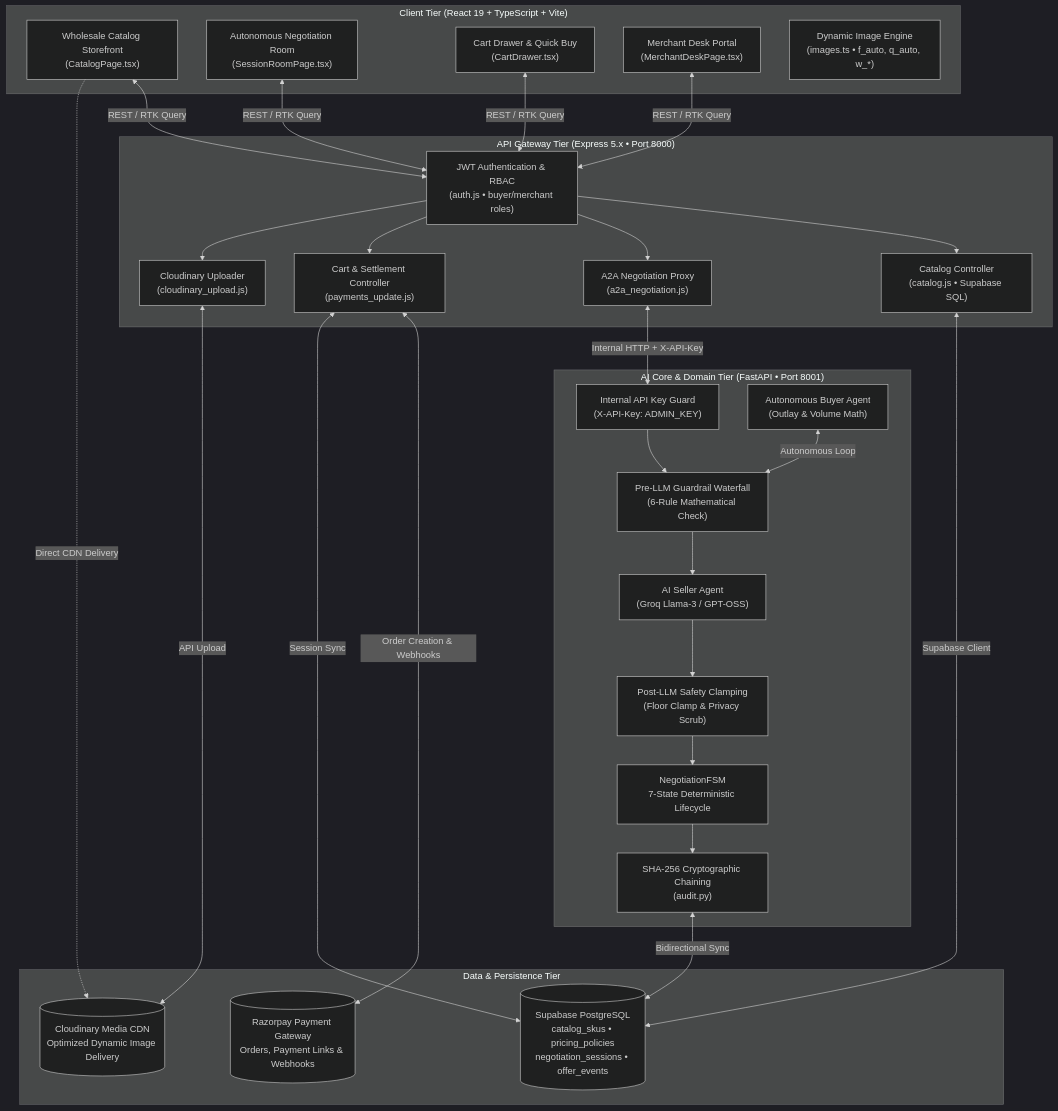
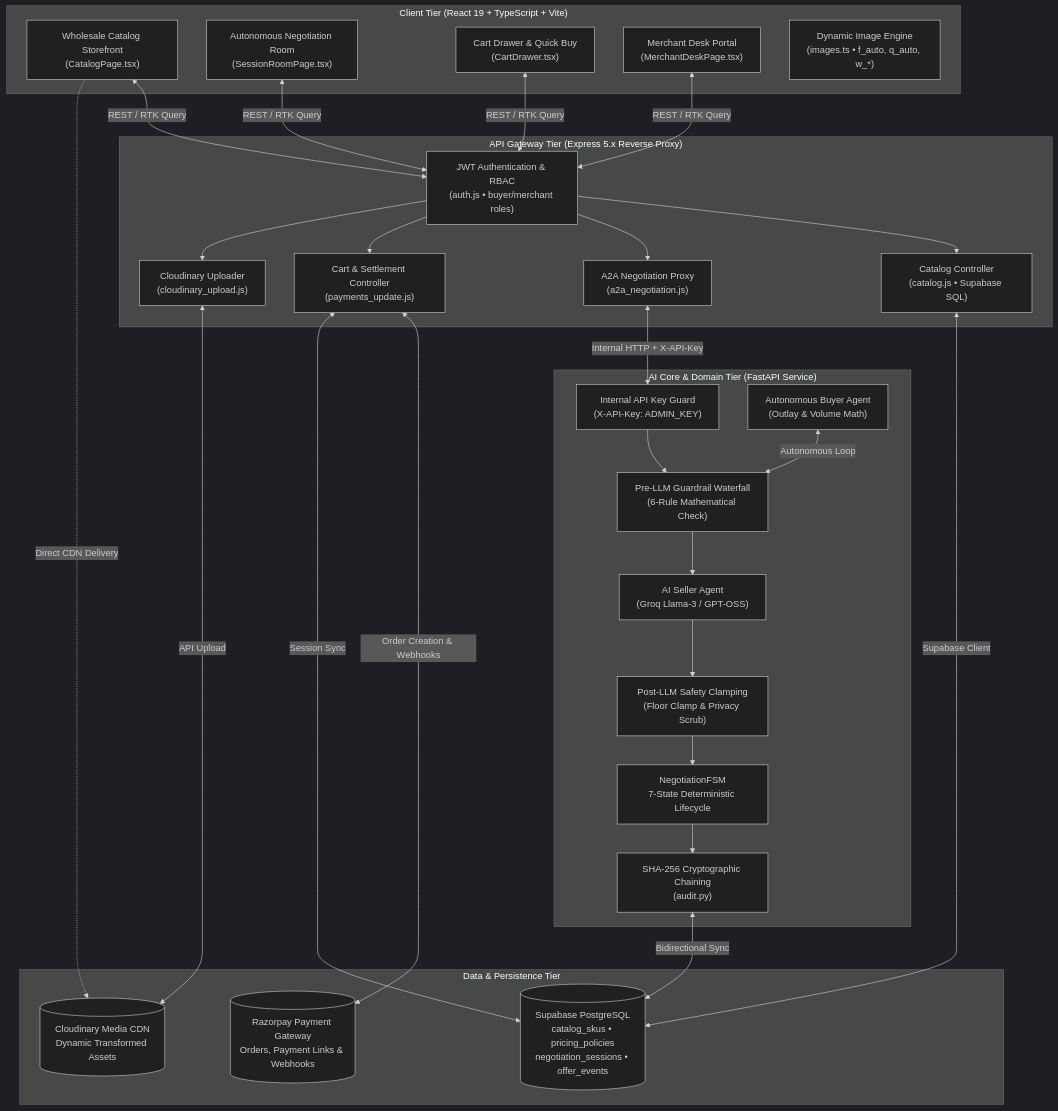
Before and after one commit to sriKritarth/Handshake-AI: the first of 4 diagrams in README.md, drawn with Mermaid (dark theme). The commit also changed other lines of this file, not shown here.

````diff
--- a/README.md
+++ b/README.md
@@ -68,59 +72,59 @@
 ```mermaid
 flowchart TB
     subgraph CLIENT["Client Tier (React 19 + TypeScript + Vite)"]
         STORE["Wholesale Catalog Storefront<br/>(CatalogPage.tsx)"]
         ROOM["Autonomous Negotiation Room<br/>(SessionRoomPage.tsx)"]
         CART["Cart Drawer & Quick Buy<br/>(CartDrawer.tsx)"]
         MERCH_UI["Merchant Desk Portal<br/>(MerchantDeskPage.tsx)"]
         IMG_CACHE["Dynamic Image Engine<br/>(images.ts • f_auto, q_auto, w_*)"]
     end
 
-    subgraph GATEWAY["API Gateway Tier (Express 5.x • Port 8000)"]
+    subgraph GATEWAY["API Gateway Tier (Express 5.x Reverse Proxy)"]
         AUTH_MW["JWT Authentication & RBAC<br/>(auth.js • buyer/merchant roles)"]
         CATALOG_CTL["Catalog Controller<br/>(catalog.js • Supabase SQL)"]
         A2A_PROXY["A2A Negotiation Proxy<br/>(a2a_negotiation.js)"]
         PAY_CTL["Cart & Settlement Controller<br/>(payments_update.js)"]
         CLDN_CTL["Cloudinary Uploader<br/>(cloudinary_upload.js)"]
     end
 
-    subgraph ENGINE["AI Core & Domain Tier (FastAPI • Port 8001)"]
+    subgraph ENGINE["AI Core & Domain Tier (FastAPI Service)"]
         AUTH_KEY["Internal API Key Guard<br/>(X-API-Key: ADMIN_KEY)"]
         FSM["NegotiationFSM<br/>7-State Deterministic Lifecycle"]
         PRE_GUARD["Pre-LLM Guardrail Waterfall<br/>(6-Rule Mathematical Check)"]
         LLM_SELLER["AI Seller Agent<br/>(Groq Llama-3 / GPT-OSS)"]
         POST_GUARD["Post-LLM Safety Clamping<br/>(Floor Clamp & Privacy Scrub)"]
         BUYER_AGENT["Autonomous Buyer Agent<br/>(Outlay & Volume Math)"]
         AUDIT_CHAIN["SHA-256 Cryptographic Chaining<br/>(audit.py)"]
     end
 
     subgraph DATA["Data & Persistence Tier"]
         SUPA[("Supabase PostgreSQL<br/>catalog_skus • pricing_policies<br/>negotiation_sessions • offer_events")]
-        CLDN[("Cloudinary Media CDN<br/>Optimized Dynamic Image Delivery")]
+        CLDN[("Cloudinary Media CDN<br/>Dynamic Transformed Assets")]
         RZP[("Razorpay Payment Gateway<br/>Orders, Payment Links & Webhooks")]
     end
 
     STORE <-->|REST / RTK Query| AUTH_MW
     ROOM <-->|REST / RTK Query| AUTH_MW
     CART <-->|REST / RTK Query| AUTH_MW
     MERCH_UI <-->|REST / RTK Query| AUTH_MW
     STORE -.->|Direct CDN Delivery| CLDN
 
     AUTH_MW --> CATALOG_CTL
     AUTH_MW --> A2A_PROXY
     AUTH_MW --> PAY_CTL
     AUTH_MW --> CLDN_CTL
 
     CATALOG_CTL <-->|Supabase Client| SUPA
     CLDN_CTL <-->|API Upload| CLDN
     PAY_CTL <-->|Order Creation & Webhooks| RZP
     PAY_CTL <-->|Session Sync| SUPA
 
     A2A_PROXY <-->|Internal HTTP + X-API-Key| AUTH_KEY
     AUTH_KEY --> PRE_GUARD
     PRE_GUARD --> LLM_SELLER
     LLM_SELLER --> POST_GUARD
     POST_GUARD --> FSM
     FSM --> AUDIT_CHAIN
     AUDIT_CHAIN <-->|Bidirectional Sync| SUPA
     BUYER_AGENT <-->|Autonomous Loop| PRE_GUARD
 ```
````
